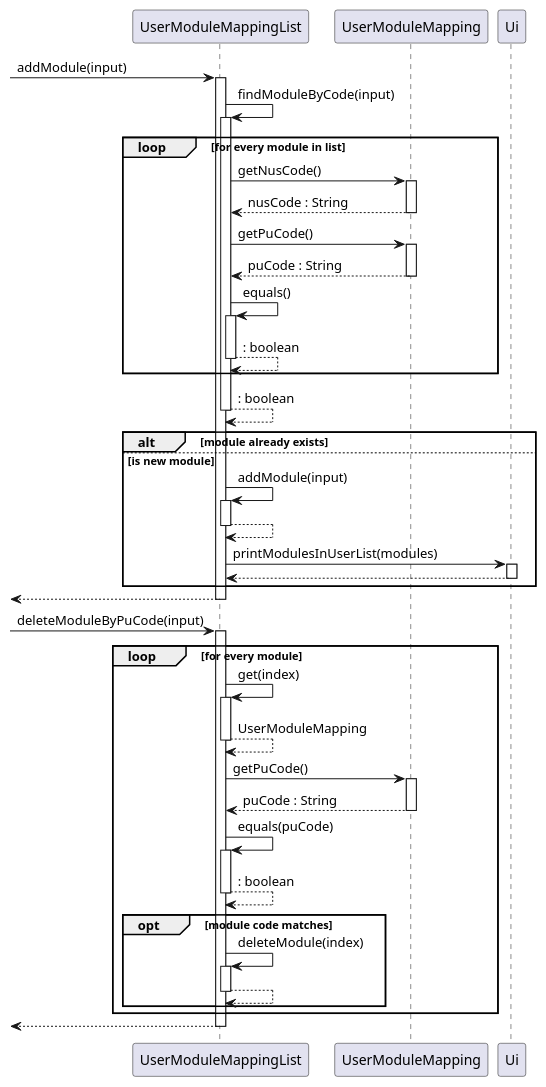
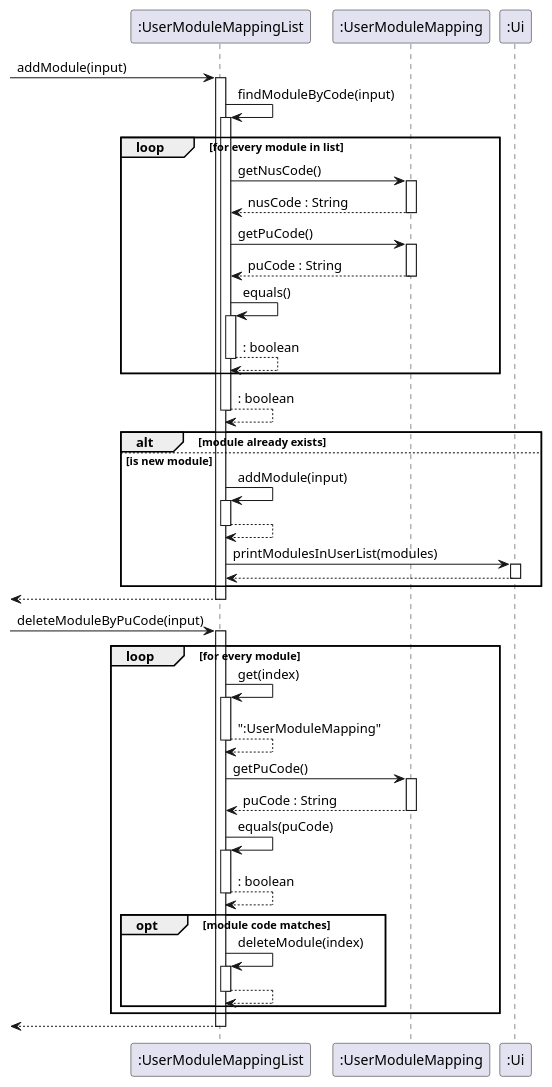
The diagram in docs/diagrams/UserModuleMapping_Sequence.puml (nus-cs2113-AY2223S1/tp), drawn with PlantUML before and after one commit. The commit also changed 3 other files, not shown here.

Commit message:
Update UML diagram

```diff
--- a/docs/diagrams/UserModuleMapping_Sequence.puml
+++ b/docs/diagrams/UserModuleMapping_Sequence.puml
@@ -1,52 +1,52 @@
 @startuml
 'https://plantuml.com/sequence-diagram
 
--> UserModuleMappingList : addModule(input)
-activate UserModuleMappingList
-UserModuleMappingList -> UserModuleMappingList : findModuleByCode(input)
-activate UserModuleMappingList
+-> ":UserModuleMappingList" : addModule(input)
+activate ":UserModuleMappingList"
+":UserModuleMappingList" -> ":UserModuleMappingList" : findModuleByCode(input)
+activate ":UserModuleMappingList"
 loop for every module in list
-UserModuleMappingList -> UserModuleMapping : getNusCode()
-activate UserModuleMapping
+":UserModuleMappingList" -> ":UserModuleMapping" : getNusCode()
+activate ":UserModuleMapping"
 return nusCode : String
-UserModuleMappingList -> UserModuleMapping : getPuCode()
-activate UserModuleMapping
+":UserModuleMappingList" -> ":UserModuleMapping" : getPuCode()
+activate ":UserModuleMapping"
 return puCode : String
-UserModuleMappingList -> UserModuleMappingList : equals()
-activate UserModuleMappingList
+":UserModuleMappingList" -> ":UserModuleMappingList" : equals()
+activate ":UserModuleMappingList"
 return : boolean
 end
 return : boolean
 
 alt module already exists
 else is new module
-UserModuleMappingList -> UserModuleMappingList : addModule(input)
-activate UserModuleMappingList
+":UserModuleMappingList" -> ":UserModuleMappingList" : addModule(input)
+activate ":UserModuleMappingList"
 return
-UserModuleMappingList -> Ui : printModulesInUserList(modules)
-activate Ui
+":UserModuleMappingList" -> ":Ui" : printModulesInUserList(modules)
+activate ":Ui"
 return
 end
 return
 
--> UserModuleMappingList : deleteModuleByPuCode(input)
-activate UserModuleMappingList
+-> ":UserModuleMappingList" : deleteModuleByPuCode(input)
+activate ":UserModuleMappingList"
 loop for every module
-    UserModuleMappingList -> UserModuleMappingList : get(index)
-    activate UserModuleMappingList
-    return UserModuleMapping
-    UserModuleMappingList -> UserModuleMapping : getPuCode()
-    activate UserModuleMapping
+    ":UserModuleMappingList" -> ":UserModuleMappingList" : get(index)
+    activate ":UserModuleMappingList"
+    return ":UserModuleMapping"
+    ":UserModuleMappingList" -> ":UserModuleMapping" : getPuCode()
+    activate ":UserModuleMapping"
     return puCode : String
-    UserModuleMappingList -> UserModuleMappingList : equals(puCode)
-    activate UserModuleMappingList
+    ":UserModuleMappingList" -> ":UserModuleMappingList" : equals(puCode)
+    activate ":UserModuleMappingList"
     return : boolean
     opt module code matches
-    UserModuleMappingList -> UserModuleMappingList : deleteModule(index)
-    activate UserModuleMappingList
+    ":UserModuleMappingList" -> ":UserModuleMappingList" : deleteModule(index)
+    activate ":UserModuleMappingList"
     return
     end
 end
 return
 
 @enduml
```
